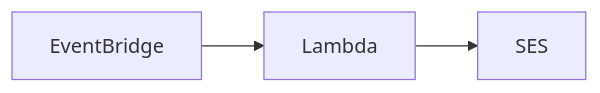
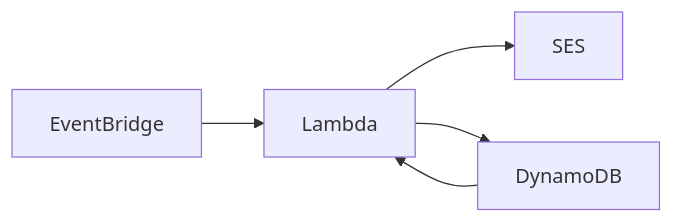
Before and after one commit to molcsa/aws-jysk-price-alert: the diagram in README.md, drawn with Mermaid. The commit also changed other lines of this file and 4 other files, not shown here.

````diff
--- a/README.md
+++ b/README.md
@@ -32,5 +32,7 @@
 ```mermaid
 graph LR;
     EventBridge-->Lambda;
     Lambda-->SES;
+    Lambda-->DynamoDB
+    DynamoDB-->Lambda
 ```
````
